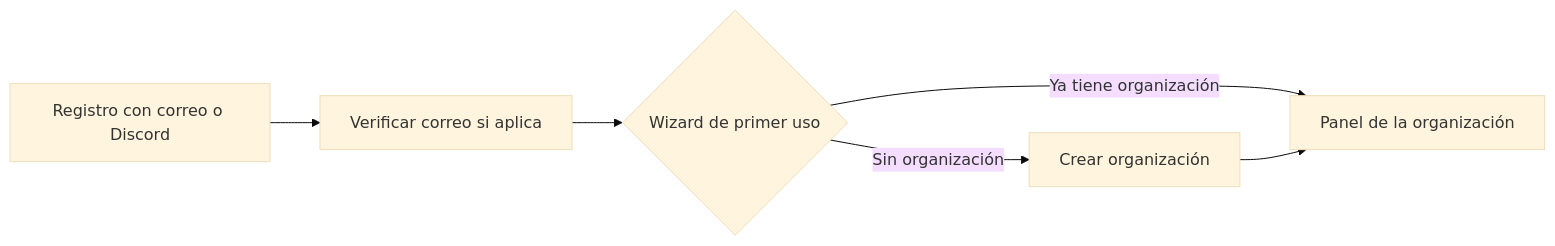
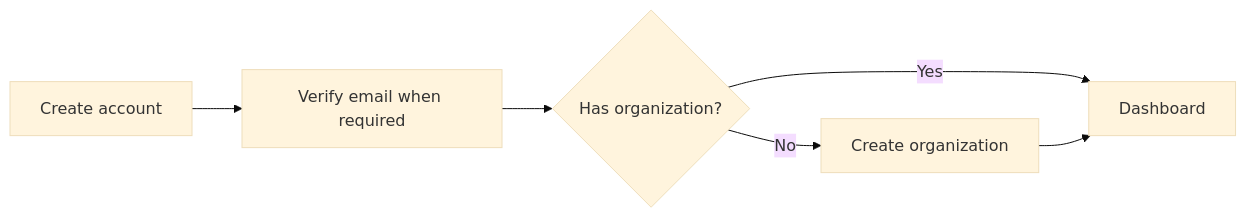
The first of 8 diagrams in docs/USER_FLOWS.md (Dieguezar/opentournament), drawn with Mermaid (base theme) before and after one commit. The commit also changed other lines of this file and 10 other files, not shown here.

````diff
--- a/docs/USER_FLOWS.md
+++ b/docs/USER_FLOWS.md
@@ -7,8 +7,8 @@
 ```mermaid
 flowchart LR
-  A[Registro con correo o Discord] --> B[Verificar correo si aplica]
-  B --> C{Wizard de primer uso}
-  C -->|Sin organización| D[Crear organización]
-  C -->|Ya tiene organización| E[Panel de la organización]
+  A[Create account] --> B[Verify email when required]
+  B --> C{Has organization?}
+  C -->|No| D[Create organization]
+  C -->|Yes| E[Dashboard]
   D --> E
 ```
````
